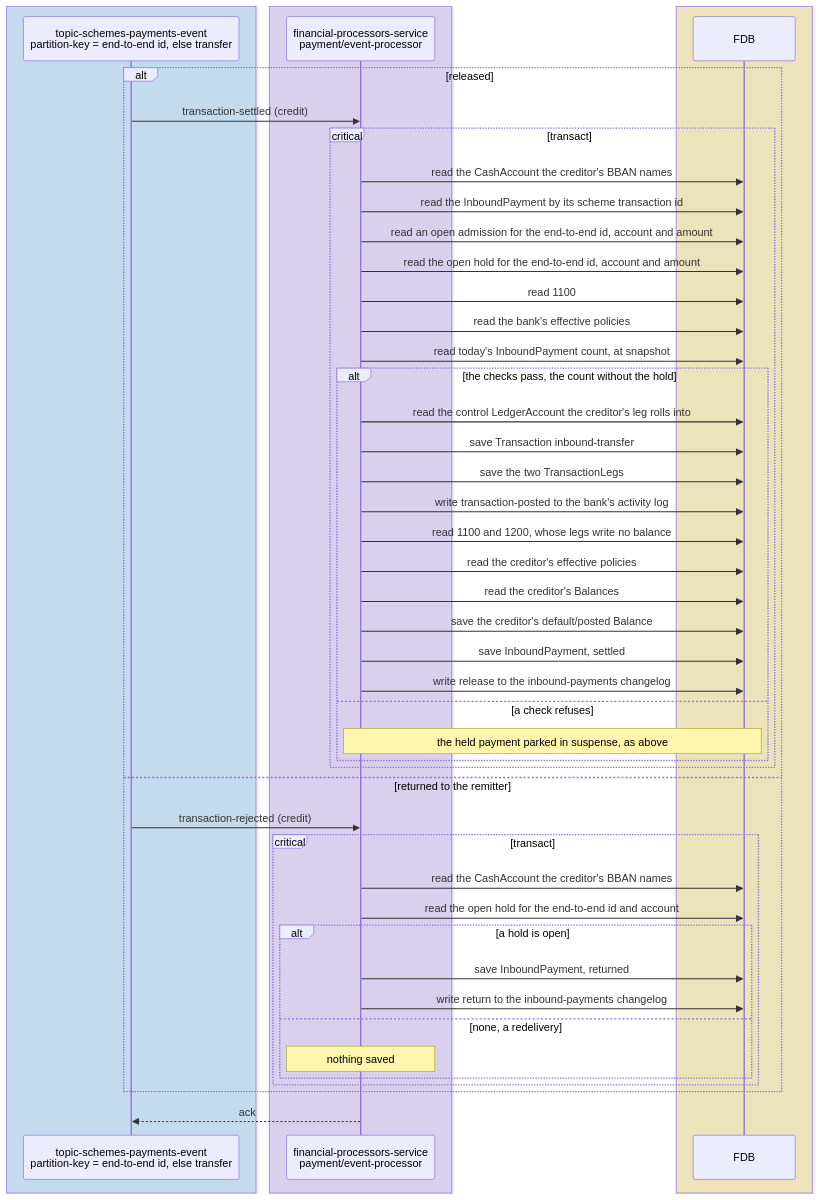
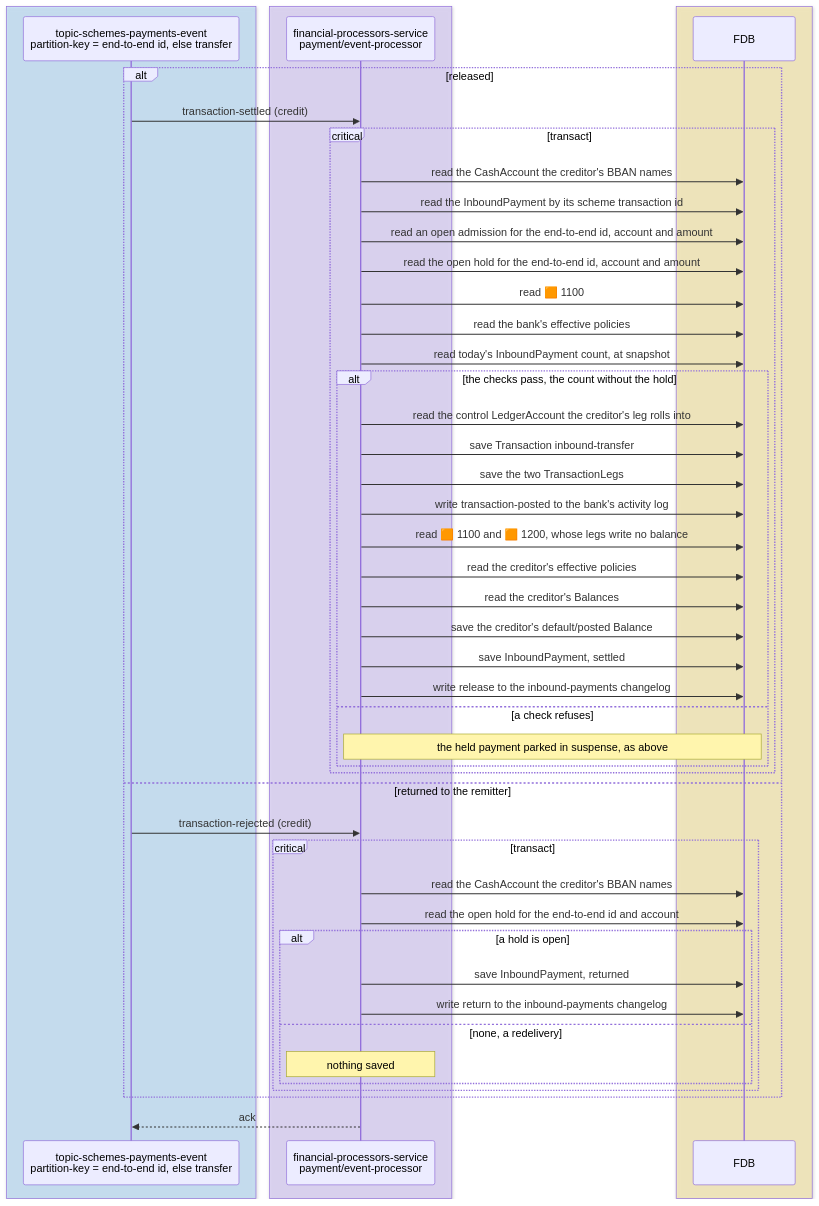
One commit to repldriven/queenswood changed the eighth of 15 diagrams in docs/tdd/payments-inbound.md. Above: the diagram before and after it, drawn with Mermaid. The commit also changed other lines of this file and 2 other files, not shown here.

Commit message:
Mark each ledger account in the diagrams with its type's colour

````diff
--- a/docs/tdd/payments-inbound.md
+++ b/docs/tdd/payments-inbound.md
@@ -392,51 +393,51 @@
 ```mermaid
 sequenceDiagram
     box rgba(165, 216, 255, 0.45)
     participant SE as topic-schemes-payments-event<br/>partition-key = end-to-end id, else transfer
     end
     box rgba(208, 191, 255, 0.45)
     participant PE as financial-processors-service<br/>payment/event-processor
     end
     box rgba(255, 236, 153, 0.5)
     participant DB as FDB
     end
     alt released
     SE->>PE: transaction-settled (credit)
     critical transact
     PE->>DB: read the CashAccount the creditor's BBAN names
     PE->>DB: read the InboundPayment by its scheme transaction id
     PE->>DB: read an open admission for the end-to-end id, account and amount
     PE->>DB: read the open hold for the end-to-end id, account and amount
-    PE->>DB: read 1100
+    PE->>DB: read 🟧 1100
     PE->>DB: read the bank's effective policies
     PE->>DB: read today's InboundPayment count, at snapshot
     alt the checks pass, the count without the hold
     PE->>DB: read the control LedgerAccount the creditor's leg rolls into
     PE->>DB: save Transaction inbound-transfer
     PE->>DB: save the two TransactionLegs
     PE->>DB: write transaction-posted to the bank's activity log
-    PE->>DB: read 1100 and 1200, whose legs write no balance
+    PE->>DB: read 🟧 1100 and 🟧 1200, whose legs write no balance
     PE->>DB: read the creditor's effective policies
     PE->>DB: read the creditor's Balances
     PE->>DB: save the creditor's default/posted Balance
     PE->>DB: save InboundPayment, settled
     PE->>DB: write release to the inbound-payments changelog
     else a check refuses
     Note over PE,DB: the held payment parked in suspense, as above
     end
     end
     else returned to the remitter
     SE->>PE: transaction-rejected (credit)
     critical transact
     PE->>DB: read the CashAccount the creditor's BBAN names
     PE->>DB: read the open hold for the end-to-end id and account
     alt a hold is open
     PE->>DB: save InboundPayment, returned
     PE->>DB: write return to the inbound-payments changelog
     else none, a redelivery
     Note over PE: nothing saved
     end
     end
     end
     PE-->>SE: ack
 ```
````
